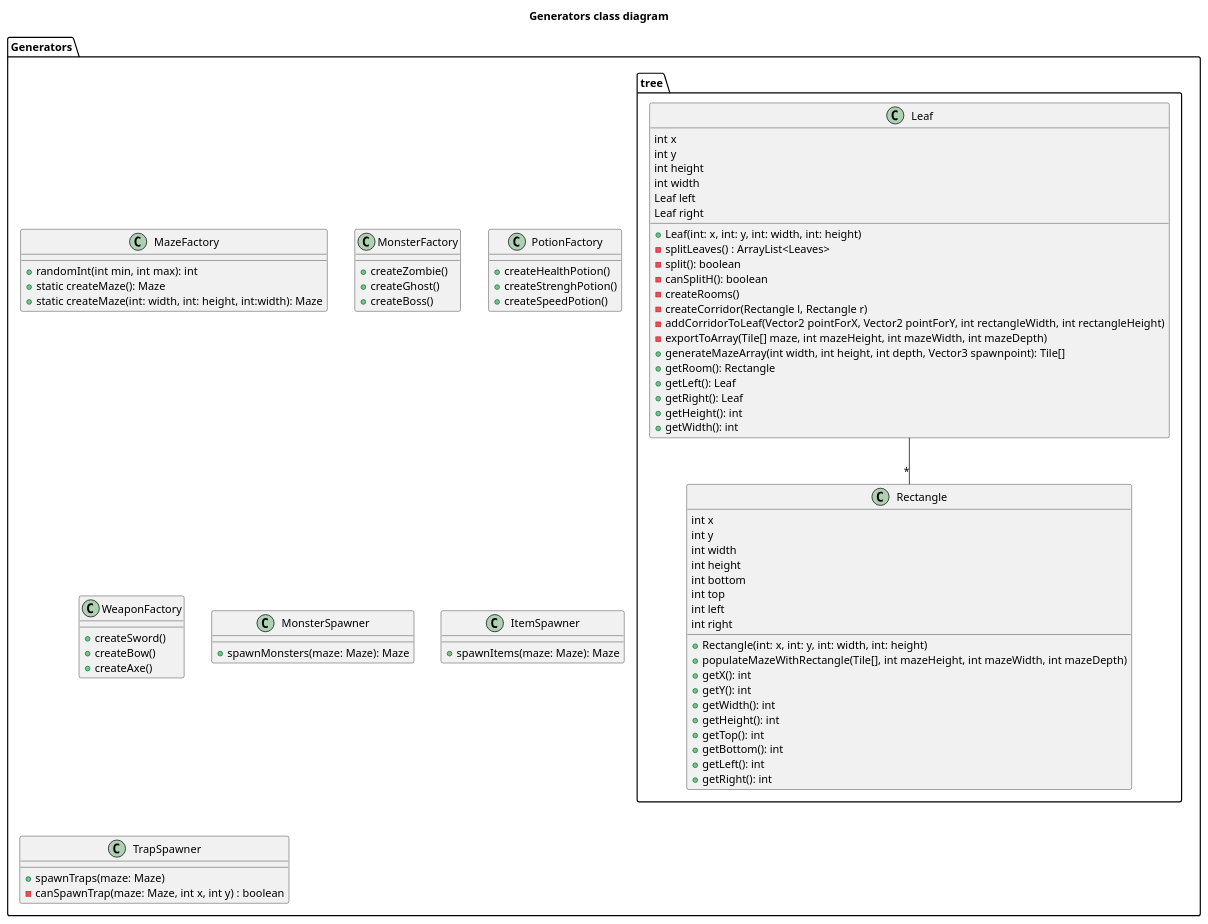
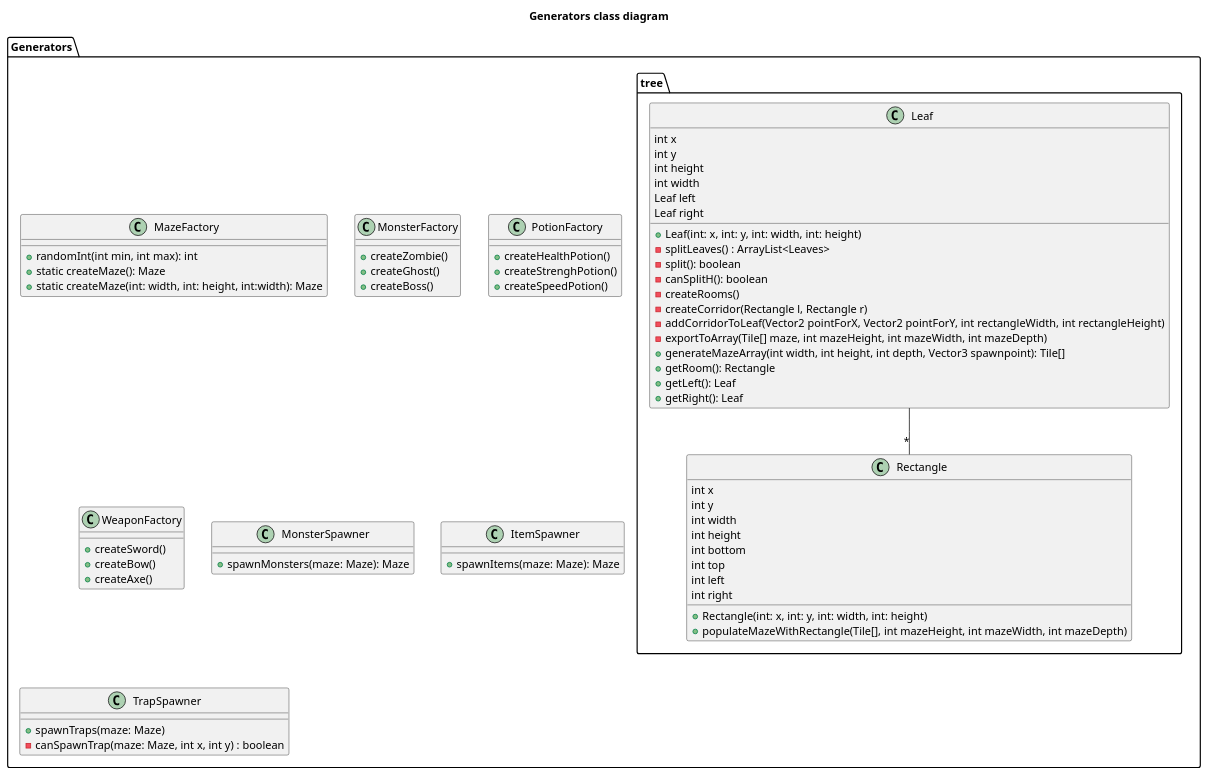
One commit to toxicbloud/ACL-2023-MazeOfMadness changed the diagram in sprints/sprint2/diagrammes/Generators.puml. Above: the diagram before and after it, drawn with PlantUML.

Commit message:
Suppression des getters non pertinents dans le diagramme de Classe generators.

```diff
--- a/sprints/sprint2/diagrammes/Generators.puml
+++ b/sprints/sprint2/diagrammes/Generators.puml
@@ -1,90 +1,80 @@
 @startuml Generators class diagram
 title Generators class diagram
 
 package Generators {
     class MazeFactory {
         + randomInt(int min, int max): int
         + static createMaze(): Maze
         + static createMaze(int: width, int: height, int:width): Maze
     }
 
     class MonsterFactory {
         + createZombie()
         + createGhost()
         + createBoss()
     }
 
     class PotionFactory {
         + createHealthPotion()
         + createStrenghPotion()
         + createSpeedPotion()
     }
 
     class WeaponFactory {
         + createSword()
         + createBow()
         + createAxe()
     }
 
     class MonsterSpawner {
         + spawnMonsters(maze: Maze): Maze
     }
 
     class ItemSpawner {
         + spawnItems(maze: Maze): Maze
     }
 
     class TrapSpawner {
         + spawnTraps(maze: Maze)
         - canSpawnTrap(maze: Maze, int x, int y) : boolean
     }
 
     package tree {
         class Leaf {
             int x
             int y
             int height
             int width
             Leaf left
             Leaf right
             + Leaf(int: x, int: y, int: width, int: height)
             - splitLeaves() : ArrayList<Leaves>
             - split(): boolean
             - canSplitH(): boolean
             - createRooms()
             - createCorridor(Rectangle l, Rectangle r)
             - addCorridorToLeaf(Vector2 pointForX, Vector2 pointForY, int rectangleWidth, int rectangleHeight)
             - exportToArray(Tile[] maze, int mazeHeight, int mazeWidth, int mazeDepth)
             + generateMazeArray(int width, int height, int depth, Vector3 spawnpoint): Tile[]
             + getRoom(): Rectangle
             + getLeft(): Leaf
             + getRight(): Leaf
-            + getHeight(): int
-            + getWidth(): int
         }
         class Rectangle {
             int x
             int y
             int width
             int height
             int bottom
             int top
             int left
             int right
             + Rectangle(int: x, int: y, int: width, int: height)
             + populateMazeWithRectangle(Tile[], int mazeHeight, int mazeWidth, int mazeDepth)
-            + getX(): int
-            + getY(): int
-            + getWidth(): int
-            + getHeight(): int       
-            + getTop(): int
-            + getBottom(): int          
-            + getLeft(): int
-            + getRight(): int
         }
 
         Leaf -- "*" Rectangle
     }
 }
 
 @enduml
```
